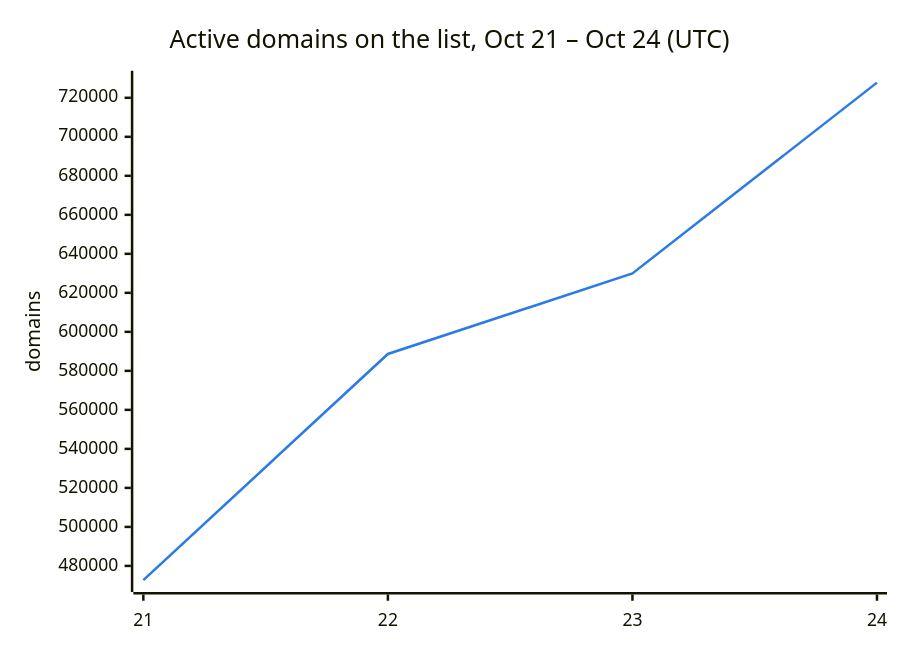
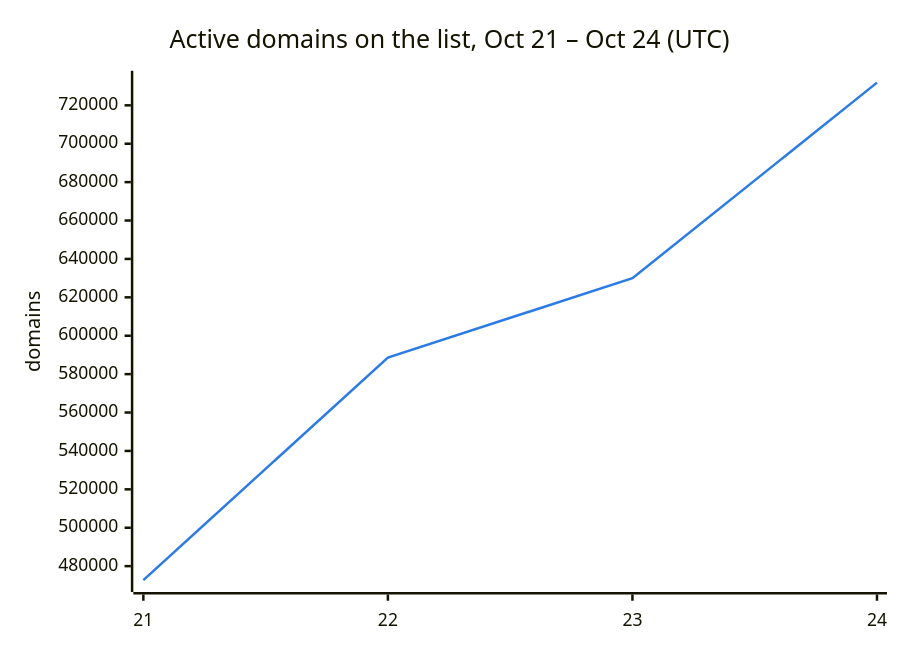
Before and after one commit to DNSBunker/CTI: the second of 3 diagrams in README.md, drawn with Mermaid. The commit also changed other lines of this file and 3 other files, not shown here.

````diff
--- a/README.md
+++ b/README.md
@@ -38,8 +38,8 @@
 ```mermaid
 %%{init: {"themeVariables": {"xyChart": {"plotColorPalette": "#2c7be5"}}}}%%
 xychart-beta
     title "Active domains on the list, Oct 21 – Oct 24 (UTC)"
     x-axis ["21", "22", "23", "24"]
     y-axis "domains"
-    line [472713, 588659, 629951, 727779]
+    line [472713, 588659, 629951, 731823]
 ```
````
